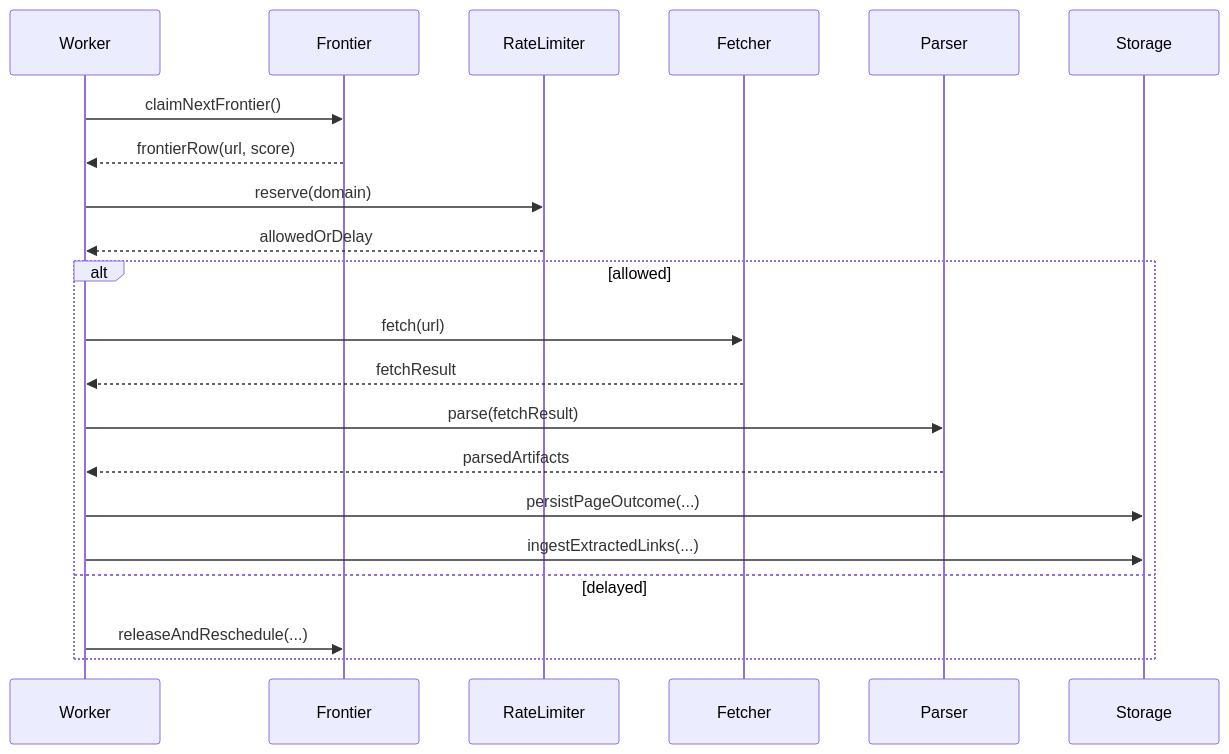
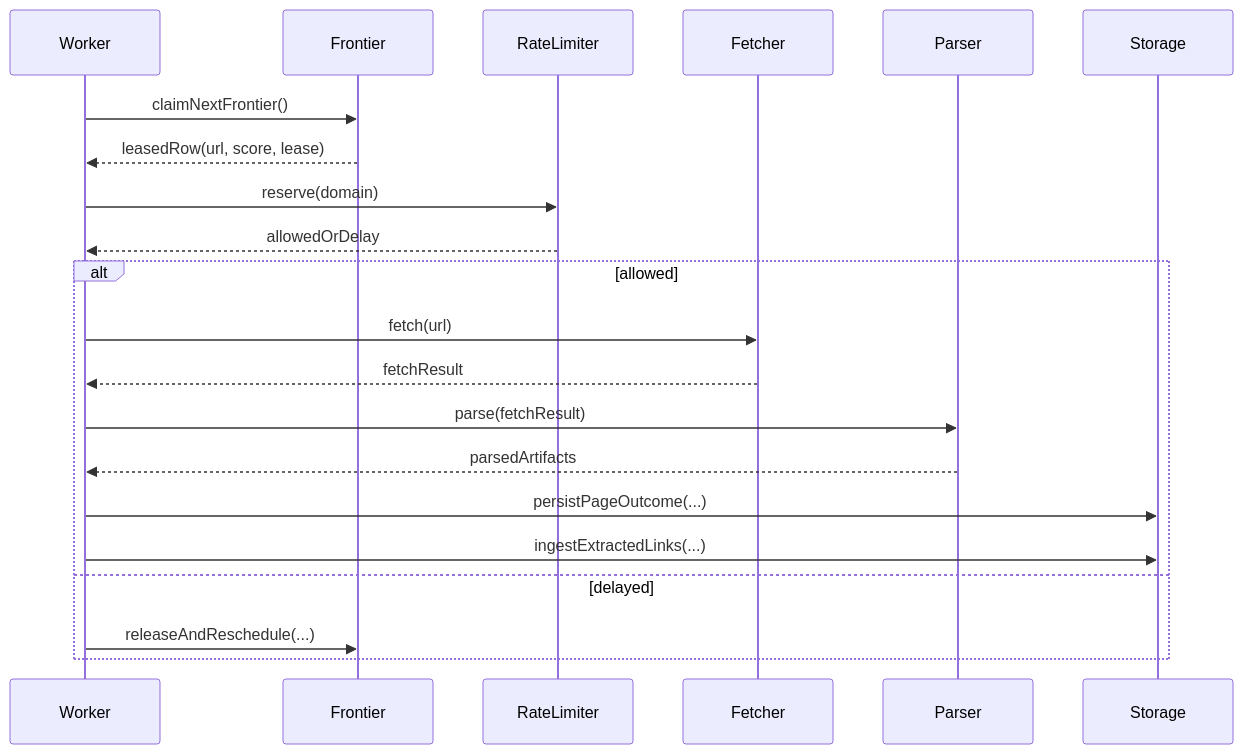
The diagram in ARCHITECTURE-AND-TECHNICAL-SPECIFICATION/03-system-sequence-and-dataflow.md (tilenl/IEPS-TOLPA-crawler), drawn with Mermaid before and after one commit. The commit also changed other lines of this file and 14 other files, not shown here.

First line of the commit message:
docs: remediate critical architecture and technical specification risks

````diff
--- a/ARCHITECTURE-AND-TECHNICAL-SPECIFICATION/03-system-sequence-and-dataflow.md
+++ b/ARCHITECTURE-AND-TECHNICAL-SPECIFICATION/03-system-sequence-and-dataflow.md
@@ -14,24 +14,24 @@
 ```mermaid
 sequenceDiagram
 participant Worker
 participant Frontier
 participant RateLimiter
 participant Fetcher
 participant Parser
 participant Storage
 
 Worker->>Frontier: claimNextFrontier()
-Frontier-->>Worker: frontierRow(url, score)
+Frontier-->>Worker: leasedRow(url, score, lease)
 Worker->>RateLimiter: reserve(domain)
 RateLimiter-->>Worker: allowedOrDelay
 alt allowed
   Worker->>Fetcher: fetch(url)
   Fetcher-->>Worker: fetchResult
   Worker->>Parser: parse(fetchResult)
   Parser-->>Worker: parsedArtifacts
   Worker->>Storage: persistPageOutcome(...)
   Worker->>Storage: ingestExtractedLinks(...)
 else delayed
   Worker->>Frontier: releaseAndReschedule(...)
 end
 ```
````
